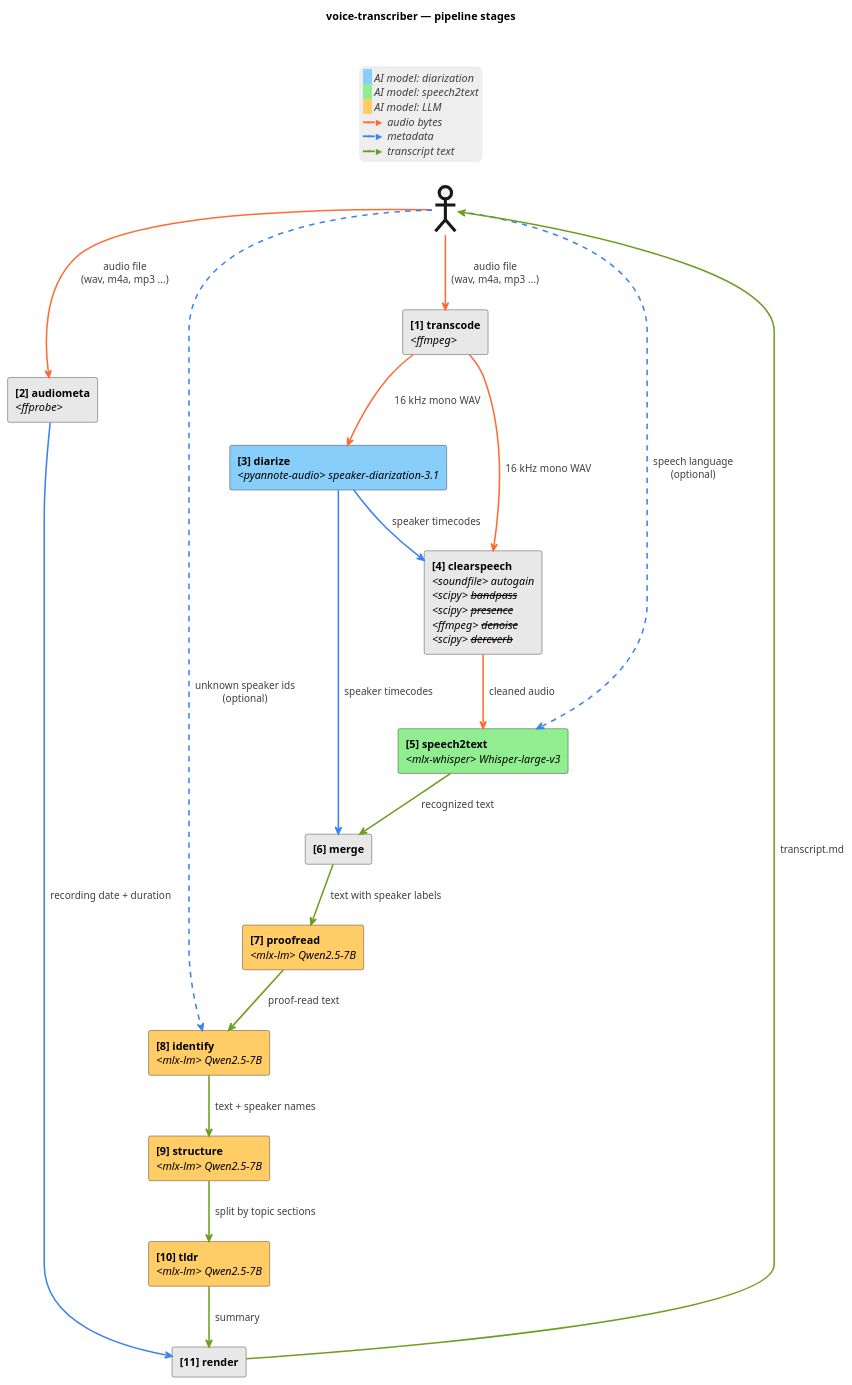
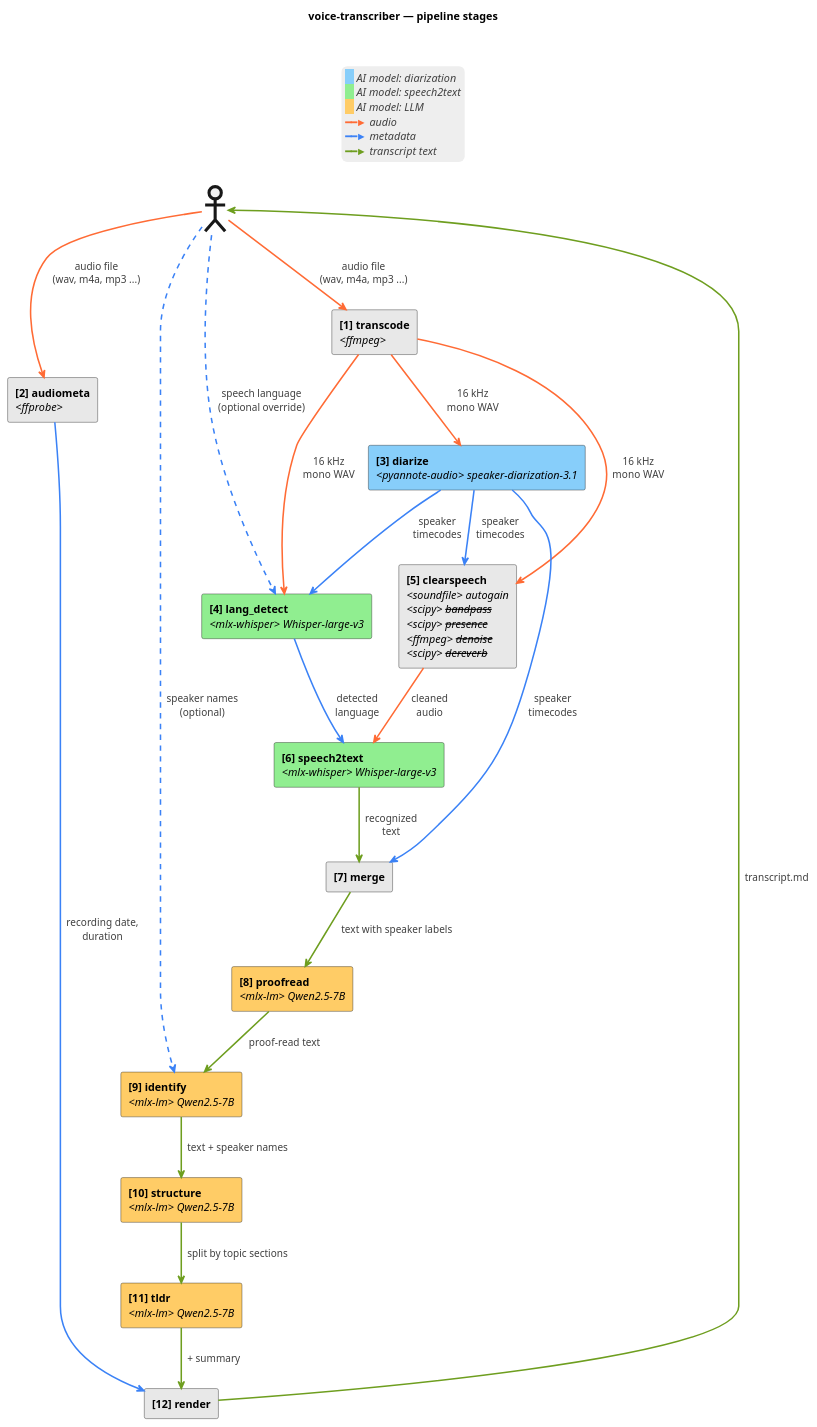
One commit to artem-from-ua/voice-transcriber changed the diagram in docs/architecture.md. Above: the diagram before and after it, drawn with PlantUML. The commit also changed other lines of this file and 25 other files, not shown here.

First line of the commit message:
Pre-ASR lang_detect on longest pyannote turn (0.24.0) (#91)

````diff
--- a/docs/architecture.md
+++ b/docs/architecture.md
@@ -23,63 +23,69 @@
 ```plantuml
 @startuml
 title voice-transcriber — pipeline stages
 skinparam componentStyle rectangle
 skinparam ArrowThickness 2
 skinparam legendBorderColor transparent
 skinparam legendBackgroundColor #EEEEEE
 
 <style>
   document {
     Margin 25
   }
   actor {
     LineThickness 4
+    Margin 5
+    Padding 5
   }
 </style>
 
 actor " " as User
 
 component "<b>[1] transcode</b>\n<i><ffmpeg></i>" as WAV #E8E8E8
 component "<b>[2] audiometa</b>\n<i><ffprobe></i>" as FF #E8E8E8
 component "<b>[3] diarize</b>\n<i><pyannote-audio> speaker-diarization-3.1</i>" as Diar #87CEFA
-component "<b>[4] clearspeech</b>\n<i><soundfile> autogain</i>\n<i><scipy> <s>bandpass</s></i>\n<i><scipy> <s>presence</s></i>\n<i><ffmpeg> <s>denoise</s></i>\n<i><scipy> <s>dereverb</s></i>" as CS #E8E8E8
-component "<b>[5] speech2text</b>\n<i><mlx-whisper> Whisper-large-v3</i>" as ASR #90EE90
-component "<b>[6] merge</b>" as Merge #E8E8E8
-component "<b>[7] proofread</b>\n<i><mlx-lm> Qwen2.5-7B</i>" as Post #FFCC66
-component "<b>[8] identify</b>\n<i><mlx-lm> Qwen2.5-7B</i>" as Ident #FFCC66
-component "<b>[9] structure</b>\n<i><mlx-lm> Qwen2.5-7B</i>" as Struct #FFCC66
-component "<b>[10] tldr</b>\n<i><mlx-lm> Qwen2.5-7B</i>" as TLDR #FFCC66
-component "<b>[11] render</b>" as Render #E8E8E8
+component "<b>[4] lang_detect</b>\n<i><mlx-whisper> Whisper-large-v3</i>" as LangDet #90EE90
+component "<b>[5] clearspeech</b>\n<i><soundfile> autogain</i>\n<i><scipy> <s>bandpass</s></i>\n<i><scipy> <s>presence</s></i>\n<i><ffmpeg> <s>denoise</s></i>\n<i><scipy> <s>dereverb</s></i>" as CS #E8E8E8
+component "<b>[6] speech2text</b>\n<i><mlx-whisper> Whisper-large-v3</i>" as ASR #90EE90
+component "<b>[7] merge</b>" as Merge #E8E8E8
+component "<b>[8] proofread</b>\n<i><mlx-lm> Qwen2.5-7B</i>" as Post #FFCC66
+component "<b>[9] identify</b>\n<i><mlx-lm> Qwen2.5-7B</i>" as Ident #FFCC66
+component "<b>[10] structure</b>\n<i><mlx-lm> Qwen2.5-7B</i>" as Struct #FFCC66
+component "<b>[11] tldr</b>\n<i><mlx-lm> Qwen2.5-7B</i>" as TLDR #FFCC66
+component "<b>[12] render</b>" as Render #E8E8E8
 
 User -[#FF6B35]-> FF : <color:#404040>  audio file</color>\n<color:#404040>  (wav, m4a, mp3 ...)</color>
 User -[#FF6B35]-> WAV : <color:#404040>  audio file</color>\n<color:#404040>  (wav, m4a, mp3 ...)</color>
-User -[#3B82F6,dashed]-> ASR : <color:#404040>  speech language</color>\n<color:#404040>  (optional)</color>
-User -[#3B82F6,dashed]-> Ident : <color:#404040>  unknown speaker ids</color>\n<color:#404040>  (optional)</color>
+User -[#3B82F6,dashed]-> LangDet : <color:#404040>  speech language</color>\n<color:#404040>  (optional override)</color>
+User -[#3B82F6,dashed]-> Ident : <color:#404040>  speaker names</color>\n<color:#404040>  (optional)</color>
 
-WAV -[#FF6B35]-> Diar : <color:#404040>  16 kHz mono WAV</color>
-WAV -[#FF6B35]-> CS : <color:#404040>  16 kHz mono WAV</color>
-Diar -[#3B82F6]-> CS : <color:#404040>  speaker timecodes</color>
-CS -[#FF6B35]-> ASR : <color:#404040>  cleaned audio</color>
+WAV -[#FF6B35]-> Diar : <color:#404040>  16 kHz</color>\n<color:#404040>  mono WAV</color>
+WAV -[#FF6B35]-> LangDet : <color:#404040>  16 kHz</color>\n<color:#404040>  mono WAV</color>
+WAV -[#FF6B35]-> CS : <color:#404040>  16 kHz</color>\n<color:#404040>  mono WAV</color>
+Diar -[#3B82F6]-> LangDet : <color:#404040>  speaker</color>\n<color:#404040>  timecodes</color>
+Diar -[#3B82F6]-> CS : <color:#404040>  speaker</color>\n<color:#404040>  timecodes</color>
+LangDet -[#3B82F6]-> ASR : <color:#404040>  detected</color>\n<color:#404040>  language</color>
+CS -[#FF6B35]-> ASR : <color:#404040>  cleaned</color>\n<color:#404040>  audio</color>
 
-ASR -[#6E9E1F]-> Merge : <color:#404040>  recognized text</color>
-Diar -[#3B82F6]-> Merge : <color:#404040>  speaker timecodes</color>
+ASR -[#6E9E1F]-> Merge : <color:#404040>  recognized</color>\n<color:#404040>  text</color>
+Diar -[#3B82F6]-> Merge : <color:#404040>  speaker</color>\n<color:#404040>  timecodes</color>
 
 Merge -[#6E9E1F]-> Post : <color:#404040>  text with speaker labels</color>
 Post -[#6E9E1F]-> Ident : <color:#404040>  proof-read text</color>
 Ident -[#6E9E1F]-> Struct : <color:#404040>  text + speaker names</color>
 Struct -[#6E9E1F]-> TLDR : <color:#404040>  split by topic sections</color>
 
-FF -[#3B82F6]-> Render : <color:#404040>  recording date + duration</color>
-TLDR -[#6E9E1F]-> Render : <color:#404040>  summary</color>
+FF -[#3B82F6]-> Render : <color:#404040>  recording date,</color>\n<color:#404040>  duration</color>
+TLDR -[#6E9E1F]-> Render : <color:#404040>  + summary</color>
 Render -[#6E9E1F]-> User : <color:#404040>  transcript.md</color>
 
 legend top center
   <back:#87CEFA>   </back> <i><color:#404040>AI model: diarization</color></i>
   <back:#90EE90>   </back> <i><color:#404040>AI model: speech2text</color></i>
   <back:#FFCC66>   </back> <i><color:#404040>AI model: LLM</color></i>
-  <color:#FF6B35>━━►</color> <i><color:#404040>audio bytes</color></i>
+  <color:#FF6B35>━━►</color> <i><color:#404040>audio</color></i>
   <color:#3B82F6>━━►</color> <i><color:#404040>metadata</color></i>
   <color:#6E9E1F>━━►</color> <i><color:#404040>transcript text</color></i>
 end legend
 @enduml
 ```
````
